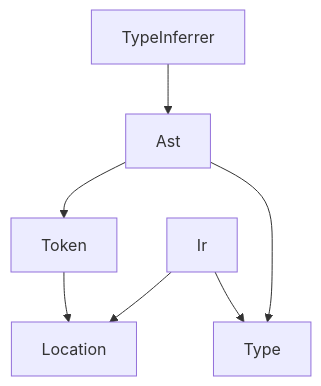
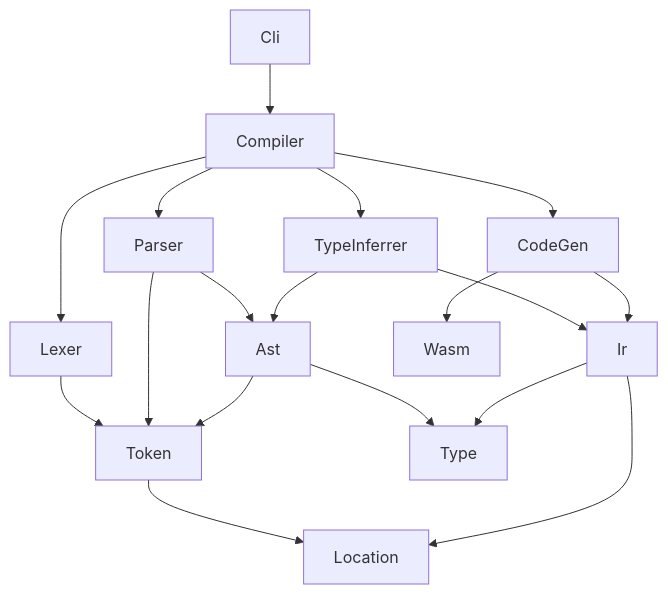
Before and after one commit to 0918nobita/waxt: the diagram in README.md, drawn with Mermaid.

Commit message:
:memo: [skip ci] プロジェクトの依存関係の図を更新した

````diff
--- a/README.md
+++ b/README.md
@@ -68,9 +68,20 @@
 ```mermaid
 graph TB
   Token-->Location
+  Lexer-->Token
+  Parser-->Token
+  Parser-->Ast
   Ast-->Token
   Ast-->Type
   Ir-->Location
   Ir-->Type
   TypeInferrer-->Ast
+  TypeInferrer-->Ir
+  CodeGen-->Ir
+  CodeGen-->Wasm
+  Compiler-->Lexer
+  Compiler-->Parser
+  Compiler-->TypeInferrer
+  Compiler-->CodeGen
+  Cli-->Compiler
 ```
````
